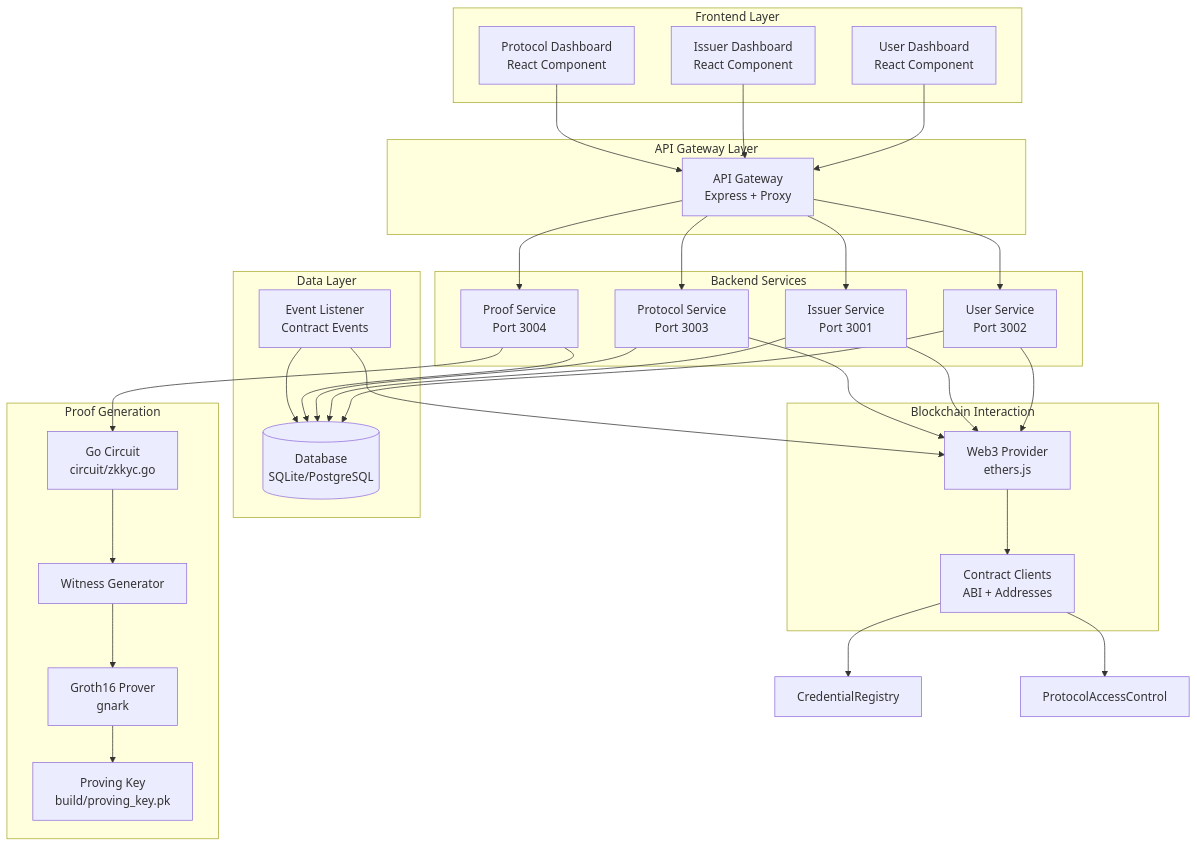
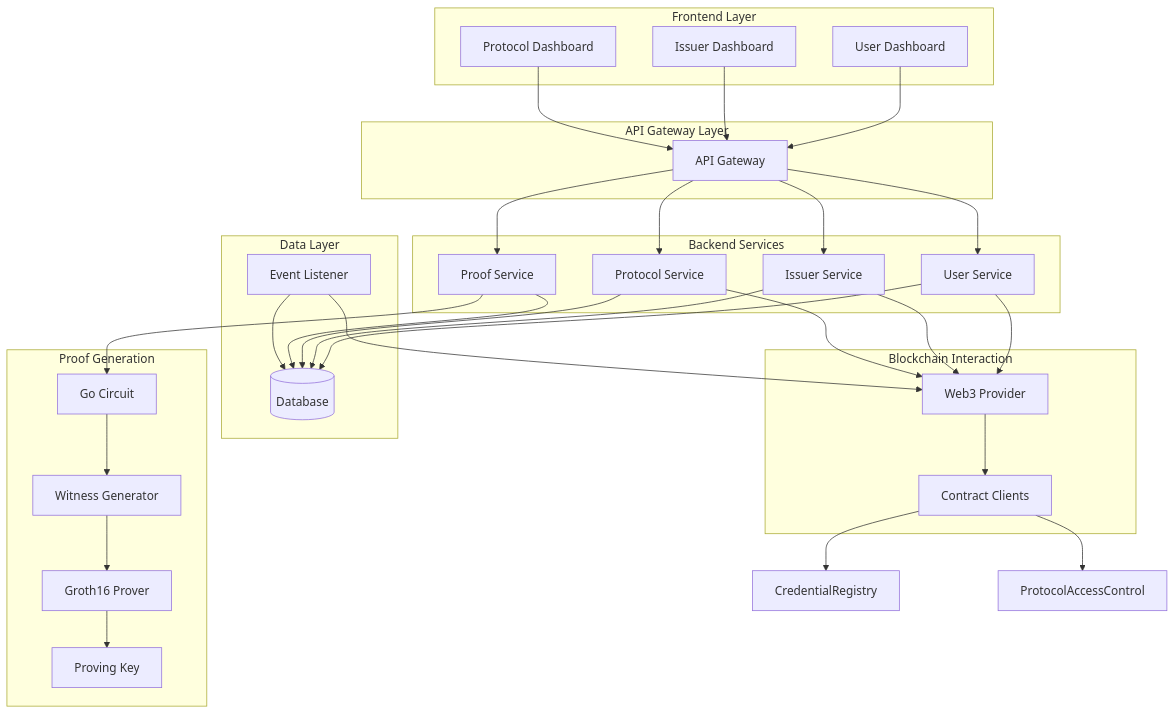
The third of 11 diagrams in README.md (Samuel1-ona/Noah), drawn with Mermaid before and after one commit. The commit also changed other lines of this file and 2 other files, not shown here.

````diff
--- a/README.md
+++ b/README.md
@@ -422,66 +421,66 @@
 ```mermaid
 graph TB
-    subgraph "Frontend Layer"
-        UserDash[User Dashboard<br/>React Component]
-        IssuerDash[Issuer Dashboard<br/>React Component]
-        ProtocolDash[Protocol Dashboard<br/>React Component]
+    subgraph FrontendLayer["Frontend Layer"]
+        UserDash[User Dashboard]
+        IssuerDash[Issuer Dashboard]
+        ProtocolDash[Protocol Dashboard]
     end
     
-    subgraph "API Gateway Layer"
-        Gateway[API Gateway<br/>Express + Proxy]
+    subgraph GatewayLayer["API Gateway Layer"]
+        Gateway[API Gateway]
     end
     
-    subgraph "Backend Services"
-        UserSvc[User Service<br/>Port 3002]
-        IssuerSvc[Issuer Service<br/>Port 3001]
-        ProtocolSvc[Protocol Service<br/>Port 3003]
-        ProofSvc[Proof Service<br/>Port 3004]
+    subgraph BackendServices["Backend Services"]
+        UserSvc[User Service]
+        IssuerSvc[Issuer Service]
+        ProtocolSvc[Protocol Service]
+        ProofSvc[Proof Service]
     end
     
-    subgraph "Proof Generation"
-        Circuit[Go Circuit<br/>circuit/zkkyc.go]
+    subgraph ProofGen["Proof Generation"]
+        Circuit[Go Circuit]
         WitnessGen[Witness Generator]
-        Prover[Groth16 Prover<br/>gnark]
-        ProvingKey[Proving Key<br/>build/proving_key.pk]
+        Prover[Groth16 Prover]
+        ProvingKey[Proving Key]
     end
     
-    subgraph "Data Layer"
-        DB[(Database<br/>SQLite/PostgreSQL)]
-        EventListener[Event Listener<br/>Contract Events]
+    subgraph DataLayer["Data Layer"]
+        DB[(Database)]
+        EventListener[Event Listener]
     end
     
-    subgraph "Blockchain Interaction"
-        Web3[Web3 Provider<br/>ethers.js]
-        Contracts[Contract Clients<br/>ABI + Addresses]
+    subgraph Blockchain["Blockchain Interaction"]
+        Web3[Web3 Provider]
+        Contracts[Contract Clients]
     end
     
     UserDash --> Gateway
     IssuerDash --> Gateway
     ProtocolDash --> Gateway
     
     Gateway --> UserSvc
     Gateway --> IssuerSvc
     Gateway --> ProtocolSvc
     Gateway --> ProofSvc
     
     ProofSvc --> Circuit
     Circuit --> WitnessGen
     WitnessGen --> Prover
     Prover --> ProvingKey
     
     UserSvc --> DB
     IssuerSvc --> DB
     ProtocolSvc --> DB
     ProofSvc --> DB
     
     UserSvc --> Web3
     IssuerSvc --> Web3
     ProtocolSvc --> Web3
     
     Web3 --> Contracts
     Contracts --> Registry[CredentialRegistry]
     Contracts --> AccessControl[ProtocolAccessControl]
     
     EventListener --> Web3
     EventListener --> DB
 ```
````
